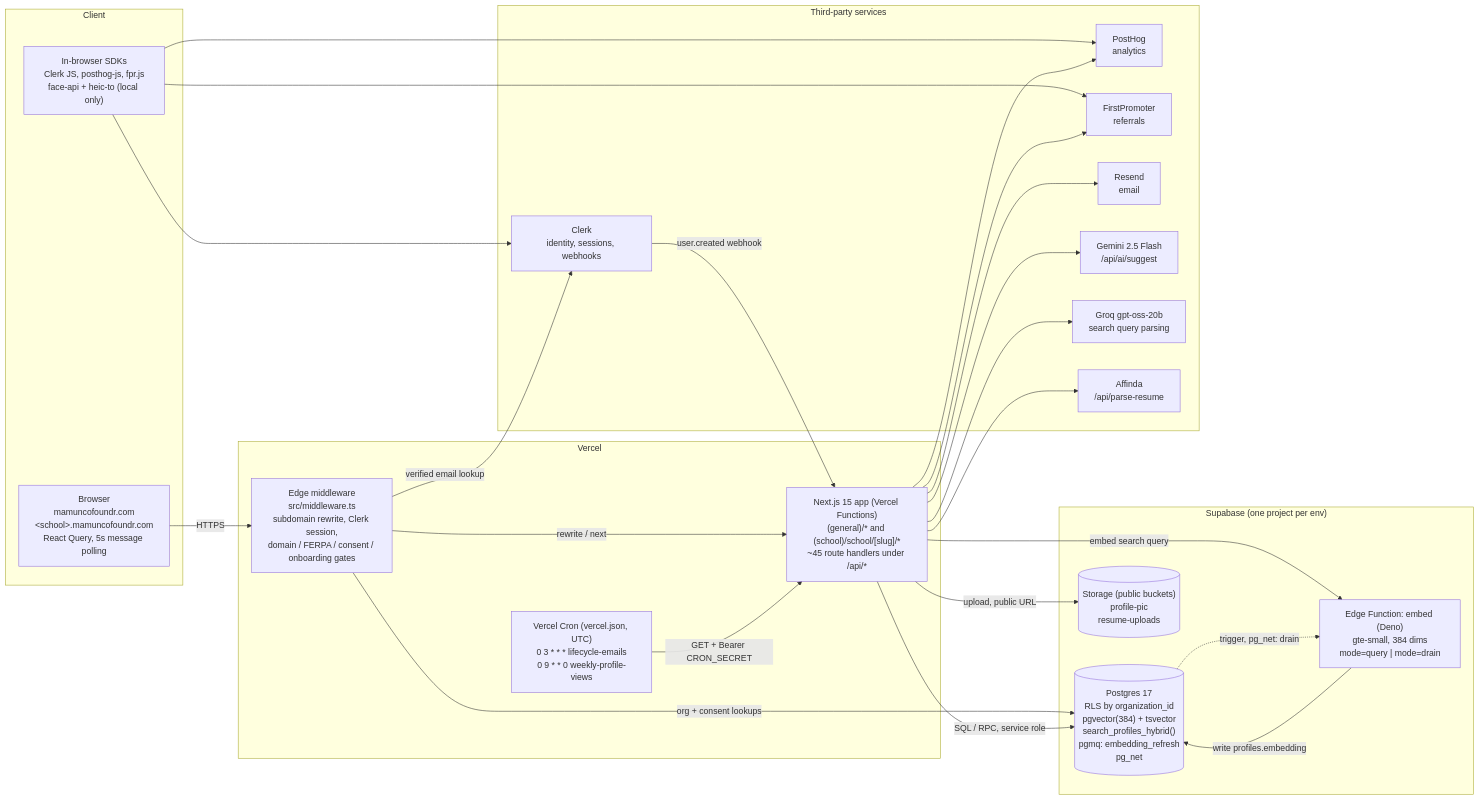
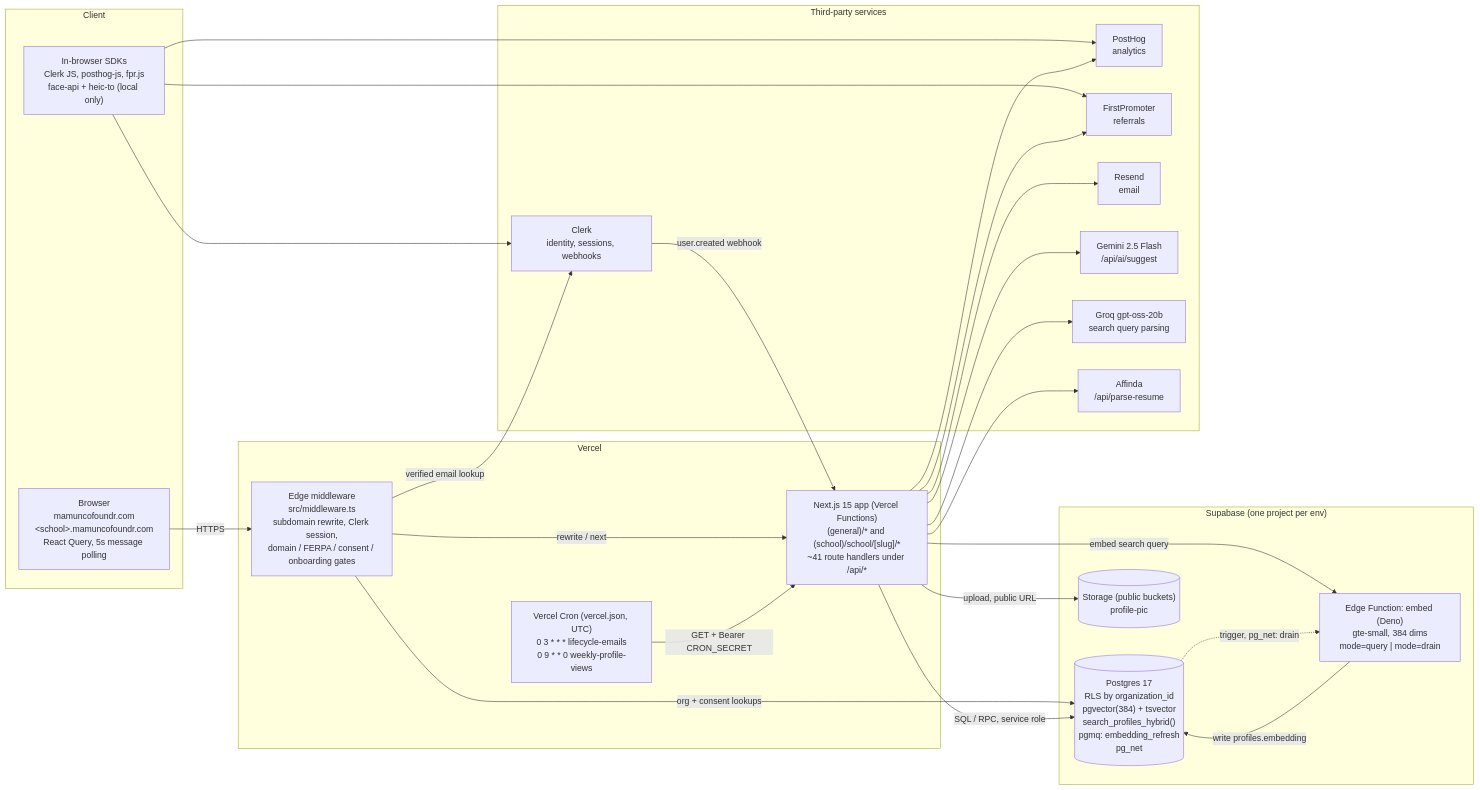
One commit to Mamungit512/Mamun-co-foundr changed the first of 6 diagrams in docs/DEPLOYMENT.md. Above: the diagram before and after it, drawn with Mermaid. The commit also changed other lines of this file and 6 other files, not shown here.

````diff
--- a/docs/DEPLOYMENT.md
+++ b/docs/DEPLOYMENT.md
@@ -24,51 +24,51 @@
 ```mermaid
 flowchart LR
   subgraph Client["Client"]
     Browser["Browser<br/>mamuncofoundr.com<br/>&lt;school&gt;.mamuncofoundr.com<br/>React Query, 5s message polling"]
     SDKs["In-browser SDKs<br/>Clerk JS, posthog-js, fpr.js<br/>face-api + heic-to (local only)"]
   end
 
   subgraph Vercel["Vercel"]
     MW["Edge middleware<br/>src/middleware.ts<br/>subdomain rewrite, Clerk session,<br/>domain / FERPA / consent / onboarding gates"]
-    App["Next.js 15 app (Vercel Functions)<br/>(general)/* and (school)/school/[slug]/*<br/>~45 route handlers under /api/*"]
+    App["Next.js 15 app (Vercel Functions)<br/>(general)/* and (school)/school/[slug]/*<br/>~41 route handlers under /api/*"]
     Cron["Vercel Cron (vercel.json, UTC)<br/>0 3 * * * lifecycle-emails<br/>0 9 * * 0 weekly-profile-views"]
   end
 
   subgraph Supabase["Supabase (one project per env)"]
     PG[("Postgres 17<br/>RLS by organization_id<br/>pgvector(384) + tsvector<br/>search_profiles_hybrid()<br/>pgmq: embedding_refresh<br/>pg_net")]
     Embed["Edge Function: embed (Deno)<br/>gte-small, 384 dims<br/>mode=query | mode=drain"]
-    Storage[("Storage (public buckets)<br/>profile-pic<br/>resume-uploads")]
+    Storage[("Storage (public buckets)<br/>profile-pic")]
   end
 
   subgraph SaaS["Third-party services"]
     Clerk["Clerk<br/>identity, sessions, webhooks"]
     PostHog["PostHog<br/>analytics"]
     FP["FirstPromoter<br/>referrals"]
     Resend["Resend<br/>email"]
     Gemini["Gemini 2.5 Flash<br/>/api/ai/suggest"]
     Groq["Groq gpt-oss-20b<br/>search query parsing"]
     Affinda["Affinda<br/>/api/parse-resume"]
   end
 
   Browser -->|HTTPS| MW
   MW -->|rewrite / next| App
   MW -->|org + consent lookups| PG
   MW -->|verified email lookup| Clerk
   App -->|SQL / RPC, service role| PG
   App -->|upload, public URL| Storage
   App -->|embed search query| Embed
   PG -.->|trigger, pg_net: drain| Embed
   Embed -->|write profiles.embedding| PG
   Cron -->|GET + Bearer CRON_SECRET| App
   Clerk -->|user.created webhook| App
 
   SDKs --> Clerk
   SDKs --> PostHog
   SDKs --> FP
   App --> Resend
   App --> Gemini
   App --> Groq
   App --> Affinda
   App --> PostHog
   App --> FP
 ```
````
